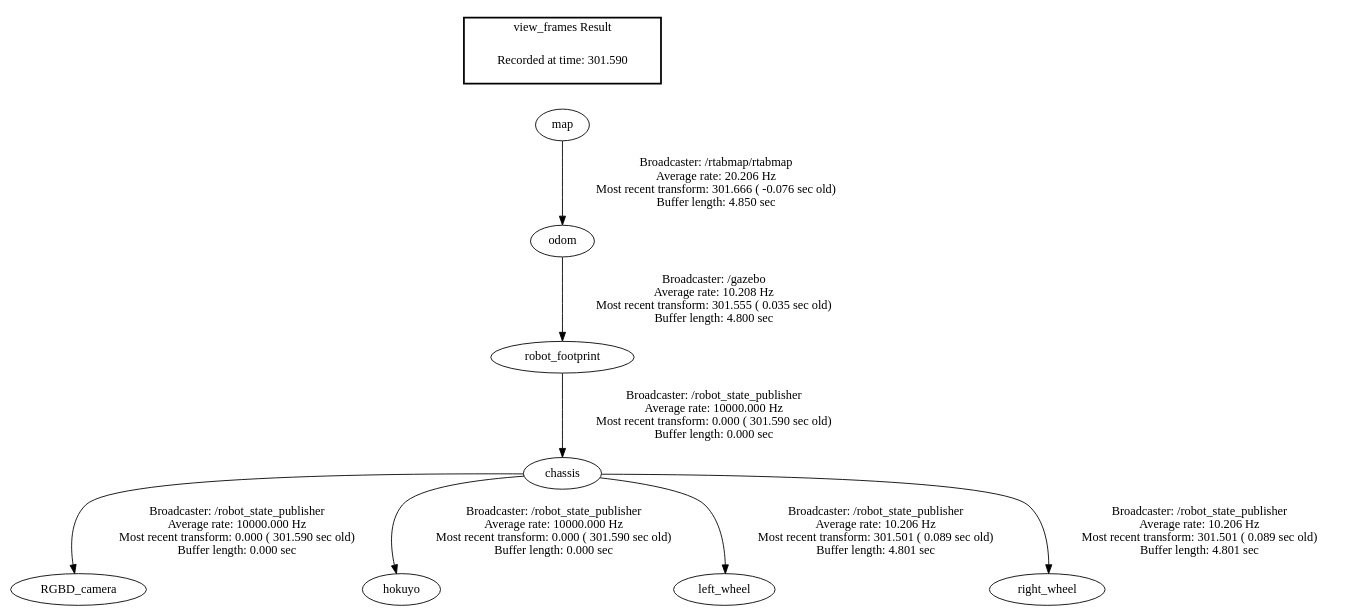
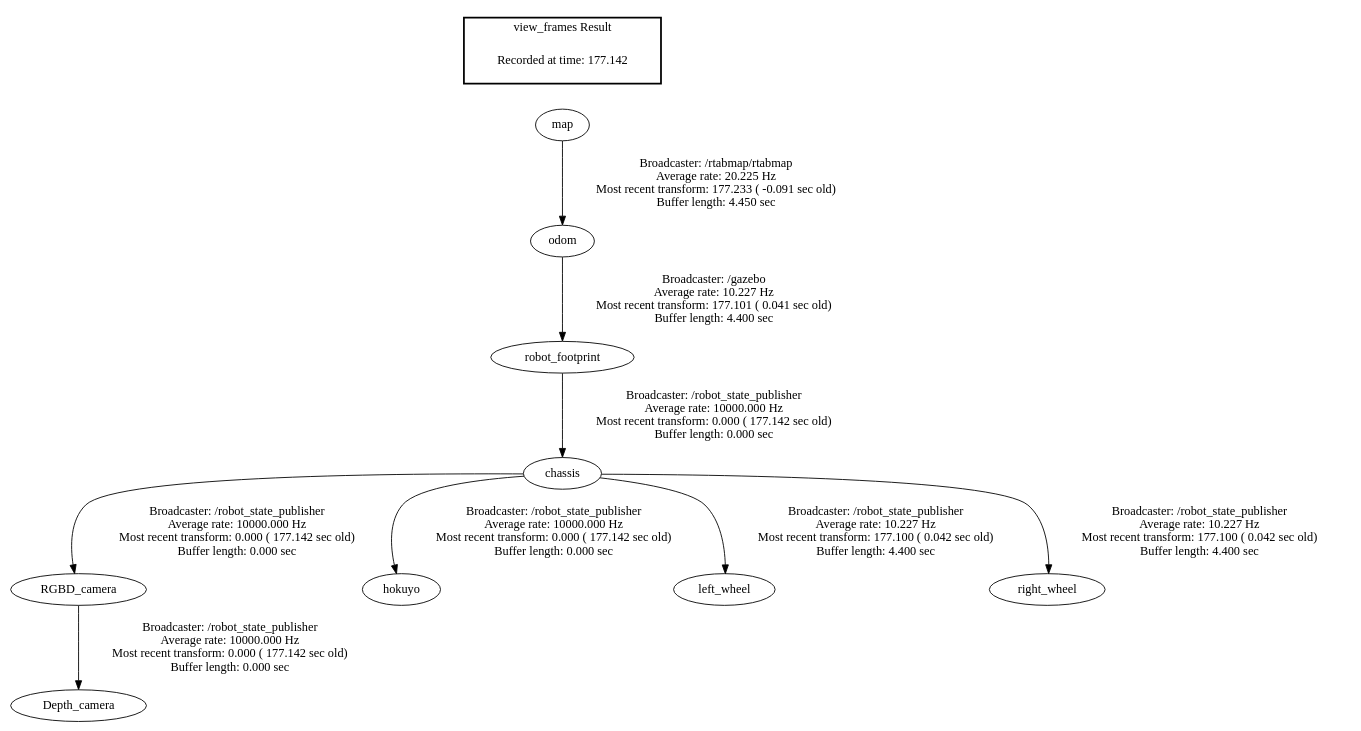
Before and after one commit to luruiwu/RoboND-RTAB-SLAM: the diagram in misc/frames.gv, drawn with Graphviz. The commit also changed 3 other files, not shown here.

```diff
--- a/misc/frames.gv
+++ b/misc/frames.gv
@@ -1,13 +1,14 @@
 digraph G {
-"chassis" -> "RGBD_camera"[label="Broadcaster: /robot_state_publisher\nAverage rate: 10000.000 Hz\nMost recent transform: 0.000 ( 301.590 sec old)\nBuffer length: 0.000 sec\n"];
-"robot_footprint" -> "chassis"[label="Broadcaster: /robot_state_publisher\nAverage rate: 10000.000 Hz\nMost recent transform: 0.000 ( 301.590 sec old)\nBuffer length: 0.000 sec\n"];
-"chassis" -> "hokuyo"[label="Broadcaster: /robot_state_publisher\nAverage rate: 10000.000 Hz\nMost recent transform: 0.000 ( 301.590 sec old)\nBuffer length: 0.000 sec\n"];
-"odom" -> "robot_footprint"[label="Broadcaster: /gazebo\nAverage rate: 10.208 Hz\nMost recent transform: 301.555 ( 0.035 sec old)\nBuffer length: 4.800 sec\n"];
-"chassis" -> "left_wheel"[label="Broadcaster: /robot_state_publisher\nAverage rate: 10.206 Hz\nMost recent transform: 301.501 ( 0.089 sec old)\nBuffer length: 4.801 sec\n"];
-"chassis" -> "right_wheel"[label="Broadcaster: /robot_state_publisher\nAverage rate: 10.206 Hz\nMost recent transform: 301.501 ( 0.089 sec old)\nBuffer length: 4.801 sec\n"];
-"map" -> "odom"[label="Broadcaster: /rtabmap/rtabmap\nAverage rate: 20.206 Hz\nMost recent transform: 301.666 ( -0.076 sec old)\nBuffer length: 4.850 sec\n"];
+"RGBD_camera" -> "Depth_camera"[label="Broadcaster: /robot_state_publisher\nAverage rate: 10000.000 Hz\nMost recent transform: 0.000 ( 177.142 sec old)\nBuffer length: 0.000 sec\n"];
+"chassis" -> "RGBD_camera"[label="Broadcaster: /robot_state_publisher\nAverage rate: 10000.000 Hz\nMost recent transform: 0.000 ( 177.142 sec old)\nBuffer length: 0.000 sec\n"];
+"robot_footprint" -> "chassis"[label="Broadcaster: /robot_state_publisher\nAverage rate: 10000.000 Hz\nMost recent transform: 0.000 ( 177.142 sec old)\nBuffer length: 0.000 sec\n"];
+"chassis" -> "hokuyo"[label="Broadcaster: /robot_state_publisher\nAverage rate: 10000.000 Hz\nMost recent transform: 0.000 ( 177.142 sec old)\nBuffer length: 0.000 sec\n"];
+"odom" -> "robot_footprint"[label="Broadcaster: /gazebo\nAverage rate: 10.227 Hz\nMost recent transform: 177.101 ( 0.041 sec old)\nBuffer length: 4.400 sec\n"];
+"map" -> "odom"[label="Broadcaster: /rtabmap/rtabmap\nAverage rate: 20.225 Hz\nMost recent transform: 177.233 ( -0.091 sec old)\nBuffer length: 4.450 sec\n"];
+"chassis" -> "left_wheel"[label="Broadcaster: /robot_state_publisher\nAverage rate: 10.227 Hz\nMost recent transform: 177.100 ( 0.042 sec old)\nBuffer length: 4.400 sec\n"];
+"chassis" -> "right_wheel"[label="Broadcaster: /robot_state_publisher\nAverage rate: 10.227 Hz\nMost recent transform: 177.100 ( 0.042 sec old)\nBuffer length: 4.400 sec\n"];
 edge [style=invis];
  subgraph cluster_legend { style=bold; color=black; label ="view_frames Result";
-"Recorded at time: 301.590"[ shape=plaintext ] ;
+"Recorded at time: 177.142"[ shape=plaintext ] ;
  }->"map";
 }
```
